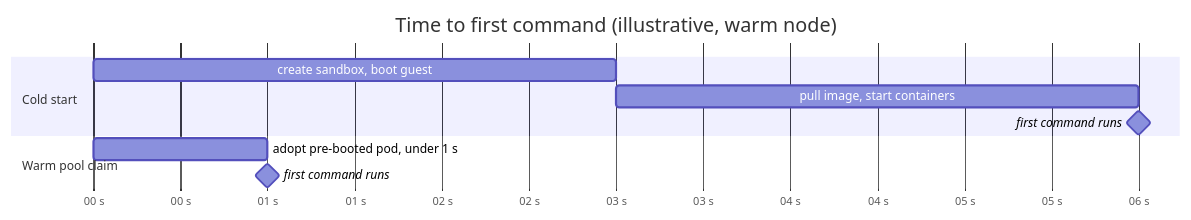
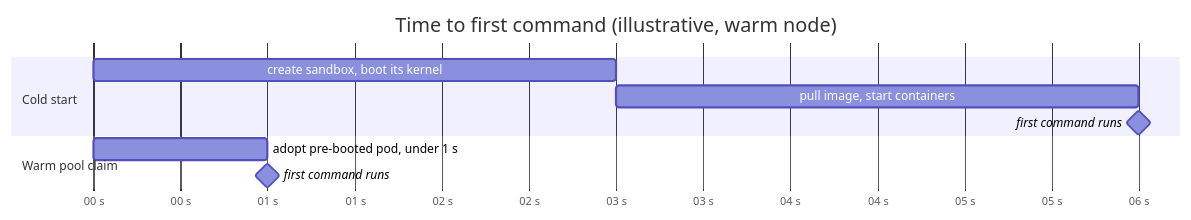
The diagram in examples/getting-started/warm-pool/README.md (aws-samples/sample-eks-nitro-sandbox), drawn with Mermaid before and after one commit. The commit also changed other lines of this file and 12 other files, not shown here.

````diff
--- a/examples/getting-started/warm-pool/README.md
+++ b/examples/getting-started/warm-pool/README.md
@@ -156,13 +156,13 @@
 ```mermaid
 gantt
     title Time to first command (illustrative, warm node)
     dateFormat  s
     axisFormat  %S s
     section Cold start
-    create sandbox, boot guest :a1, 0, 3s
+    create sandbox, boot its kernel :a1, 0, 3s
     pull image, start containers :a2, after a1, 3s
     first command runs           :milestone, m1, after a2, 0s
     section Warm pool claim
     adopt pre-booted pod, under 1 s :b1, 0, 1s
     first command runs           :milestone, m2, after b1, 0s
 ```
````
